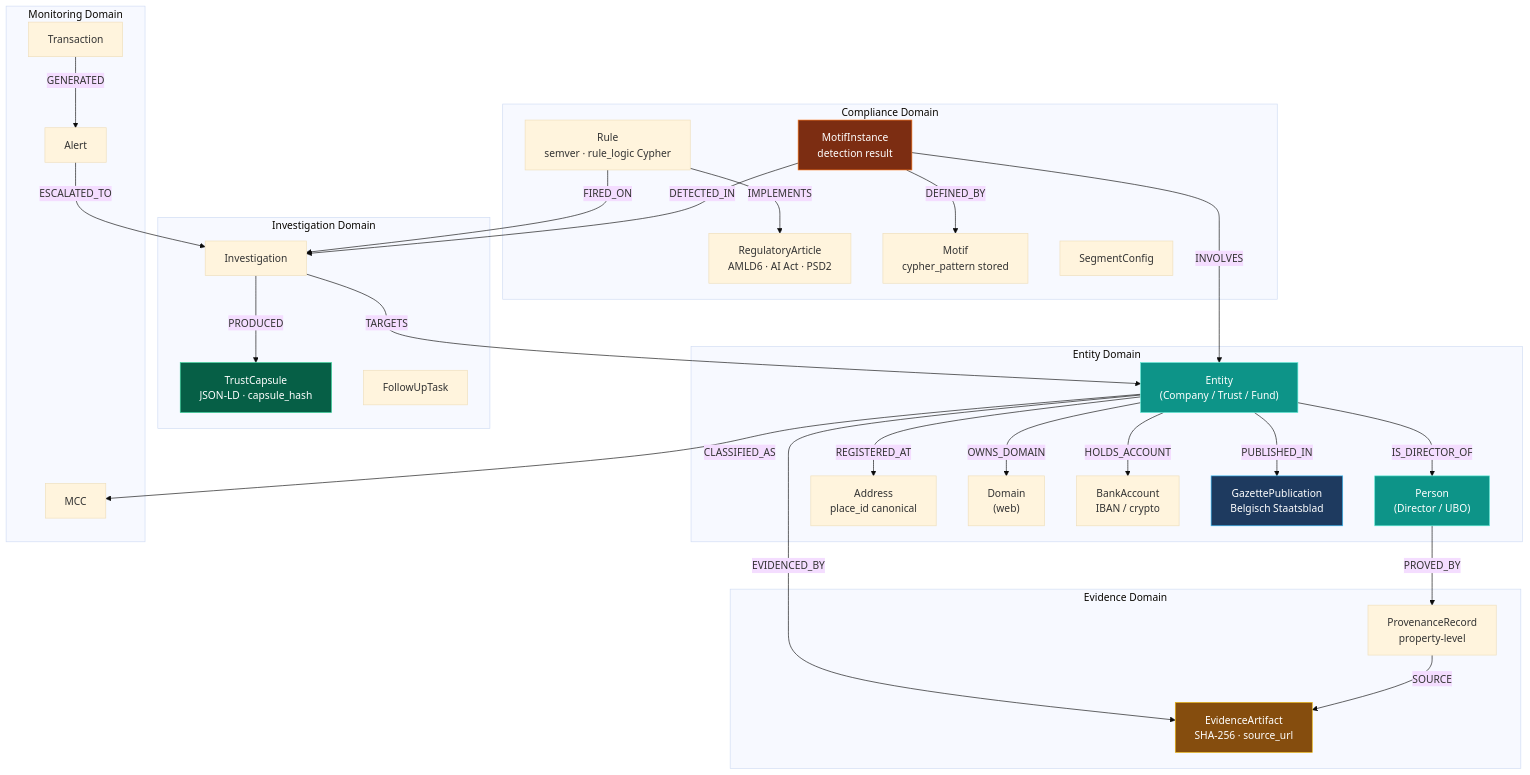
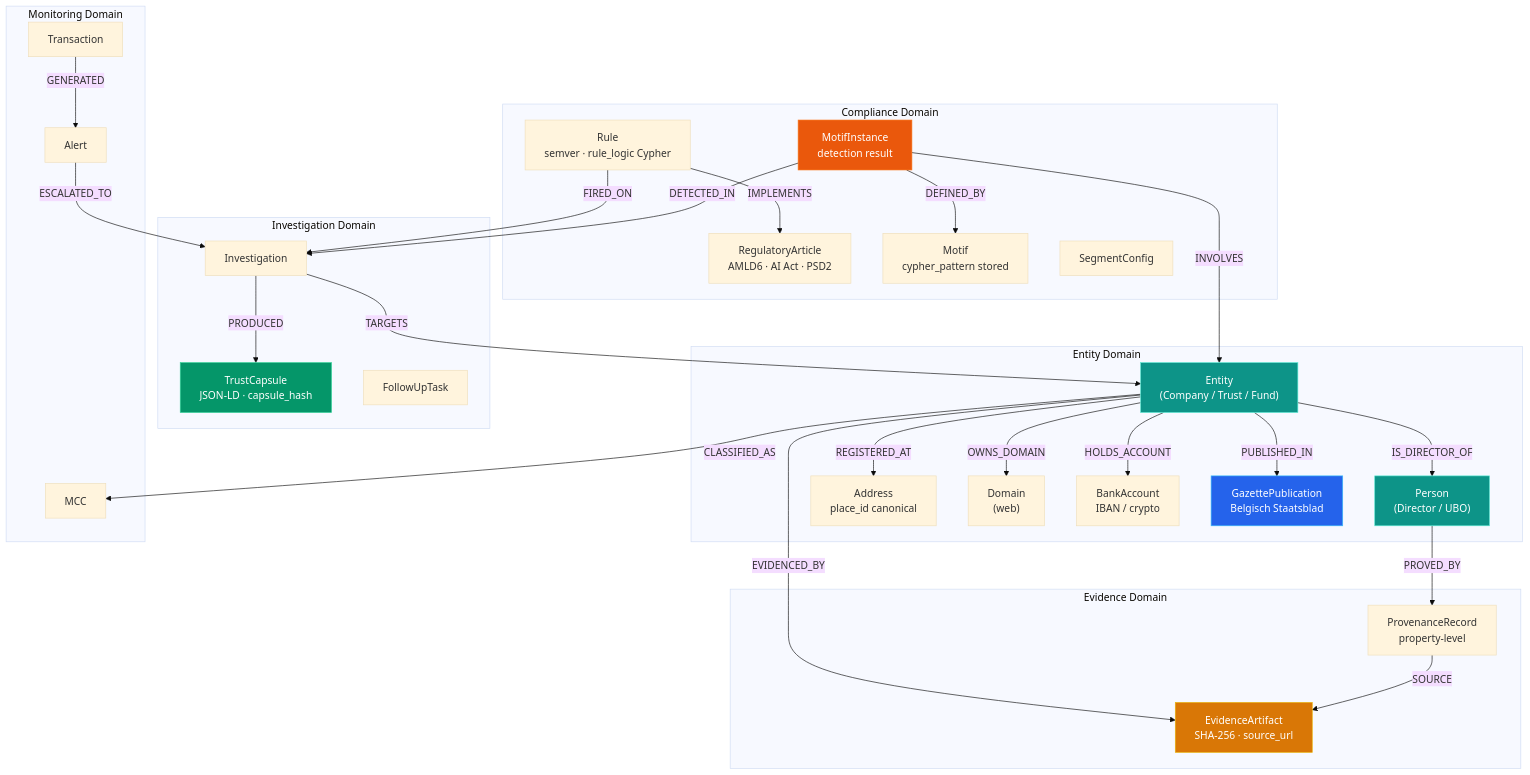
One commit to Tsunami-max/trust-relay-docs changed the first of 6 diagrams in docs/architecture/ontology-layer.md. Above: the diagram before and after it, drawn with Mermaid (base theme). The commit also changed other lines of this file and 24 other files, not shown here.

````diff
--- a/docs/architecture/ontology-layer.md
+++ b/docs/architecture/ontology-layer.md
@@ -29,62 +29,62 @@
 ```mermaid
 graph TD
     subgraph Entity["Entity Domain"]
         ENT["Entity<br/>(Company / Trust / Fund)"]
         PER["Person<br/>(Director / UBO)"]
         ADR["Address<br/>place_id canonical"]
         DOM["Domain<br/>(web)"]
         BA["BankAccount<br/>IBAN / crypto"]
         GP["GazettePublication<br/>Belgisch Staatsblad"]
     end
 
     subgraph Evidence["Evidence Domain"]
         EA["EvidenceArtifact<br/>SHA-256 · source_url"]
         PR["ProvenanceRecord<br/>property-level"]
     end
 
     subgraph Investigation["Investigation Domain"]
         INV["Investigation"]
         TC["TrustCapsule<br/>JSON-LD · capsule_hash"]
         FT["FollowUpTask"]
     end
 
     subgraph Compliance["Compliance Domain"]
         RUL["Rule<br/>semver · rule_logic Cypher"]
         RA["RegulatoryArticle<br/>AMLD6 · AI Act · PSD2"]
         MOT["Motif<br/>cypher_pattern stored"]
         MI["MotifInstance<br/>detection result"]
         SC["SegmentConfig"]
     end
 
     subgraph Monitoring["Monitoring Domain"]
         TX["Transaction"]
         AL["Alert"]
         MCC["MCC"]
     end
 
     ENT -->|IS_DIRECTOR_OF| PER
     ENT -->|REGISTERED_AT| ADR
     ENT -->|OWNS_DOMAIN| DOM
     ENT -->|HOLDS_ACCOUNT| BA
     ENT -->|PUBLISHED_IN| GP
     ENT -->|EVIDENCED_BY| EA
     PER -->|PROVED_BY| PR
     PR -->|SOURCE| EA
     INV -->|TARGETS| ENT
     INV -->|PRODUCED| TC
     RUL -->|IMPLEMENTS| RA
     RUL -->|FIRED_ON| INV
     MI -->|DEFINED_BY| MOT
     MI -->|DETECTED_IN| INV
     MI -->|INVOLVES| ENT
     TX -->|GENERATED| AL
     AL -->|ESCALATED_TO| INV
     ENT -->|CLASSIFIED_AS| MCC
 
     style ENT fill:#0d9488,stroke:#5eead4,color:#fff
     style PER fill:#0d9488,stroke:#5eead4,color:#fff
-    style GP fill:#1e3a5f,stroke:#38bdf8,color:#fff
-    style MI fill:#7c2d12,stroke:#f97316,color:#fff
-    style TC fill:#065f46,stroke:#34d399,color:#fff
-    style EA fill:#854d0e,stroke:#eab308,color:#fff
+    style GP fill:#2563eb,stroke:#38bdf8,color:#fff
+    style MI fill:#ea580c,stroke:#f97316,color:#fff
+    style TC fill:#059669,stroke:#34d399,color:#fff
+    style EA fill:#d97706,stroke:#eab308,color:#fff
 ```
````
